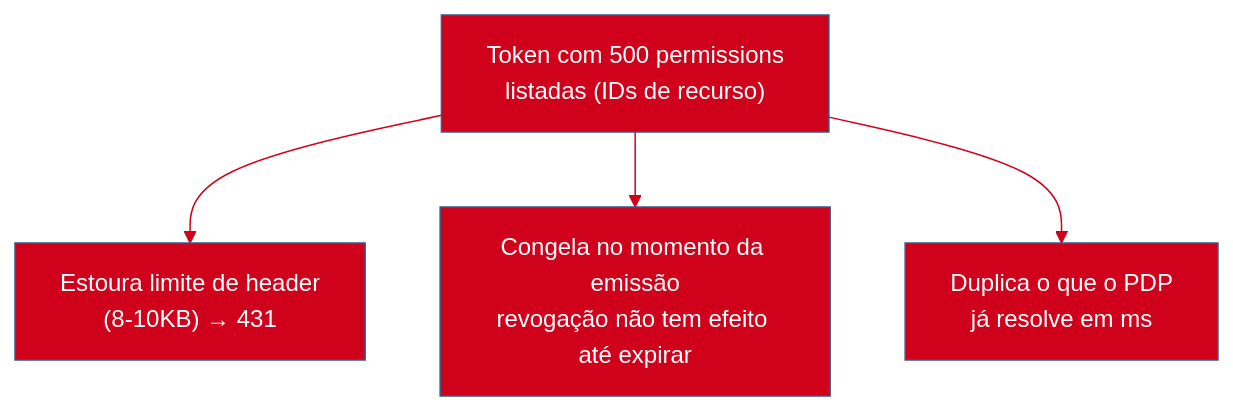
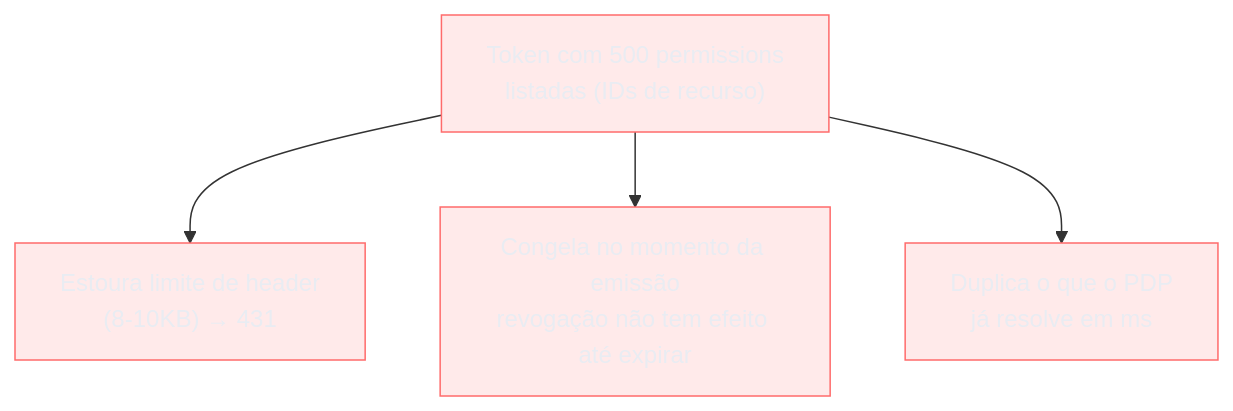
Before and after one commit to josenaldo/codex-technomanticus: the first of 5 diagrams in 03-Dominios/Engenharia/Auth e Identidade/3 - Autorização e multi-tenancy/04 - Autorização de API na prática.md, drawn with Mermaid. The commit also changed other lines of this file and 1181 other files, not shown here.

First line of the commit message:
fix(diagramas): paleta do sistema no lugar de cor cravada no markdown

````diff
--- a/03-Dominios/Engenharia/Auth e Identidade/3 - Autorização e multi-tenancy/04 - Autorização de API na prática.md
+++ b/03-Dominios/Engenharia/Auth e Identidade/3 - Autorização e multi-tenancy/04 - Autorização de API na prática.md
@@ -43,12 +43,12 @@
 ```mermaid
-%%{init: {"theme": "base", "themeVariables": {"primaryColor": "#4A90D9", "primaryBorderColor": "#2E5C8A", "lineColor": "#D0021B"}}}%%
 graph TD
+    classDef falha fill:#FF6B6B24,stroke:#FF6B6B,color:#E9ECF2
     A["Token com 500 permissions<br/>listadas (IDs de recurso)"] --> B["Estoura limite de header<br/>(8-10KB) → 431"]
     A --> C["Congela no momento da emissão<br/>revogação não tem efeito até expirar"]
     A --> D["Duplica o que o PDP<br/>já resolve em ms"]
 
-    style A fill:#D0021B,color:#fff
-    style B fill:#D0021B,color:#fff
-    style C fill:#D0021B,color:#fff
-    style D fill:#D0021B,color:#fff
+    class A falha
+    class B falha
+    class C falha
+    class D falha
 ```
````
